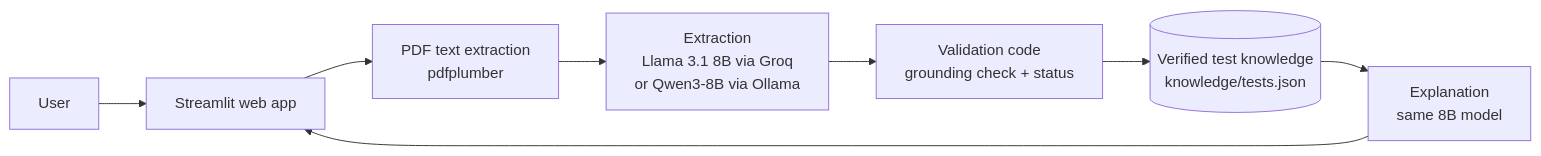
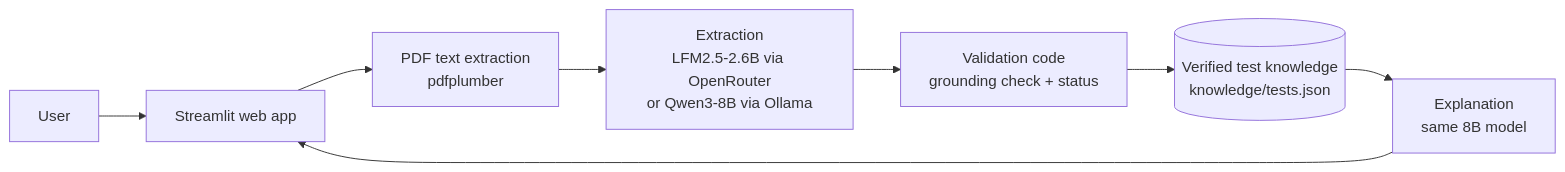
The first of 3 diagrams in README.md (AR18now/reportsamjho), drawn with Mermaid before and after one commit. The commit also changed other lines of this file and 3 other files, not shown here.

First line of the commit message:
Switch default model to OpenRouter's free LFM2.5-2.6B

````diff
--- a/README.md
+++ b/README.md
@@ -57,10 +57,10 @@
 ```mermaid
 flowchart LR
     U[User] --> UI[Streamlit web app]
     UI --> P[PDF text extraction<br/>pdfplumber]
-    P --> E[Extraction<br/>Llama 3.1 8B via Groq<br/>or Qwen3-8B via Ollama]
+    P --> E[Extraction<br/>LFM2.5-2.6B via OpenRouter<br/>or Qwen3-8B via Ollama]
     E --> V[Validation code<br/>grounding check + status]
     V --> K[(Verified test knowledge<br/>knowledge/tests.json)]
     K --> X[Explanation<br/>same 8B model]
     X --> UI
 ```
````
